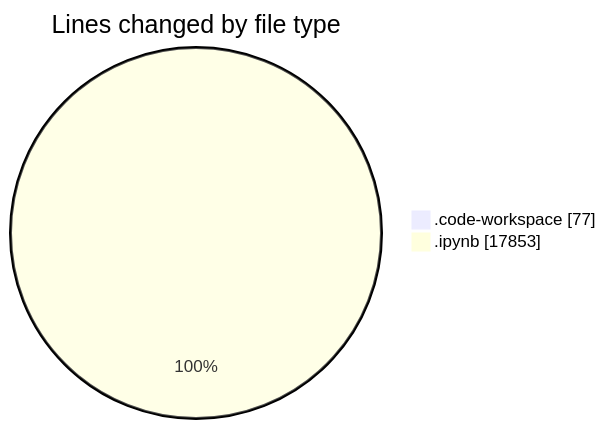
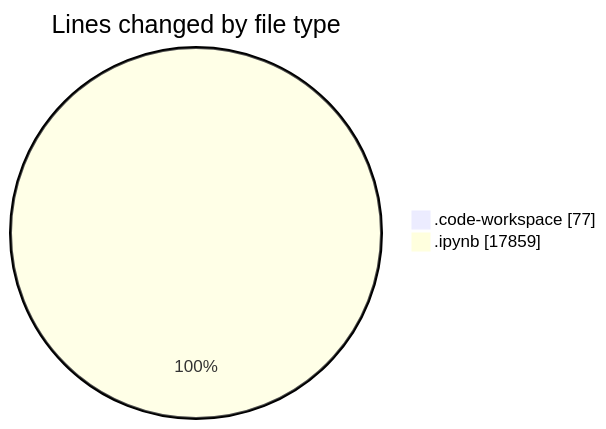
One commit to MatusMokan/code-tracking changed the first of 2 diagrams in 2025-03-14/myws__workspace_/README.md. Above: the diagram before and after it, drawn with Mermaid. The commit also changed other lines of this file and 1 other file, not shown here.

````diff
--- a/2025-03-14/myws__workspace_/README.md
+++ b/2025-03-14/myws__workspace_/README.md
@@ -21,6 +21,6 @@
 ```mermaid
 pie showData
 title Lines changed by file type
 ".code-workspace" : 77
-".ipynb" : 17853
+".ipynb" : 17859
 ```
````
